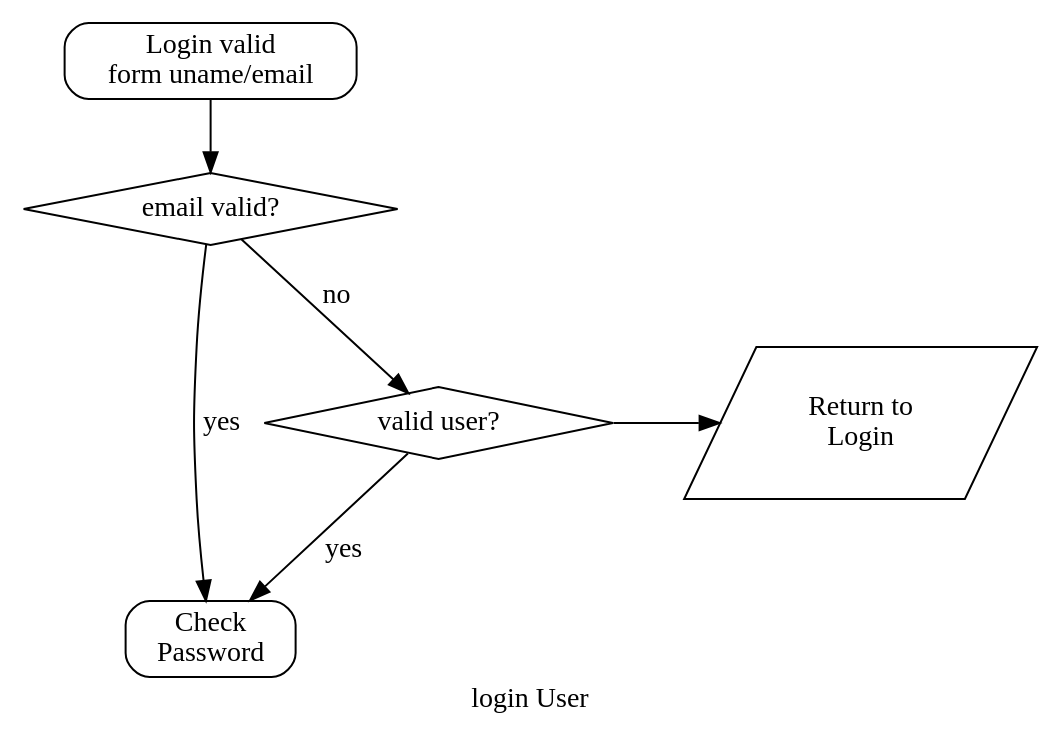
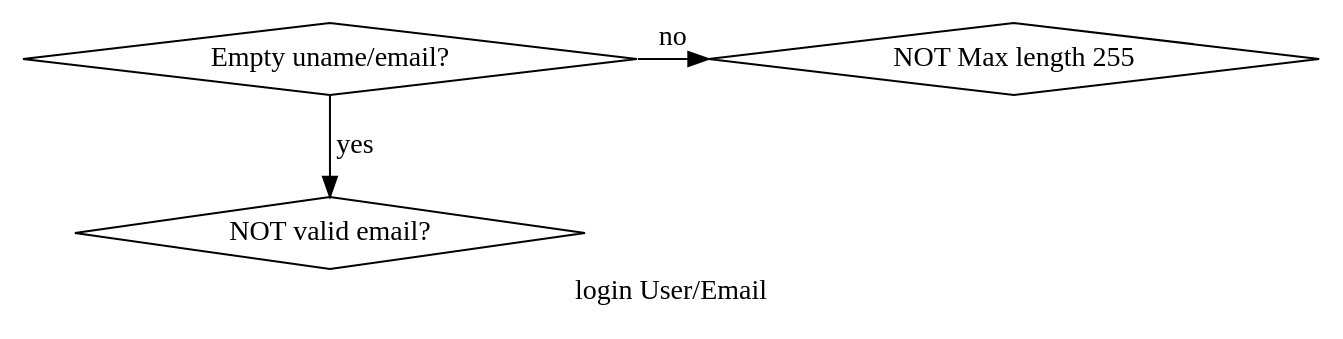
One commit to mbrick02/PHPMBBlog changed the diagram in app/flowChartTst.dot. Above: the diagram before and after it, drawn with Graphviz. The commit also changed 3 other files, not shown here.

Commit message:
work AuthContr:login and User:verifyUser

```diff
--- a/app/flowChartTst.dot
+++ b/app/flowChartTst.dot
@@ -1,18 +1,17 @@
 digraph {
-    label="login User";
+    label="login User/Email";
 
-    node[shape="box", style="rounded"]
-       start [label="Login valid\nform uname/email"]; end[label="Check\nPassword"];
+    node[shape="diamond", style=""]
+        empty_d[label="Empty uname/email?"];
+        xvalemail_d[label="NOT valid email?"];
+        xHasLenMax255[label="NOT Max length 255"];
+    /* node[shape="box", style="rounded"]
+       end[label="Check\nPassword"];
     node[shape="parallelogram", style=""]
-       input[label="Return to\nLogin"];
-    node[shape="diamond", style=""]
-       validU_c [label="valid user?"]; email_c [label="email valid?"];
+       input[label="Return to\nLogin"]; */
 
-    start -> email_c;
-    email_c -> validU_c[label="no"];
-    email_c -> end[label="yes"];
-    validU_c -> end[label="yes"]
-    validU_c -> input;
+    empty_d -> xvalemail_d[label="yes"];
+    empty_d -> xHasLenMax255[label="no"];
 
-    {rank=same; validU_c input}
+    {rank=same; empty_d xHasLenMax255}
 }
```
